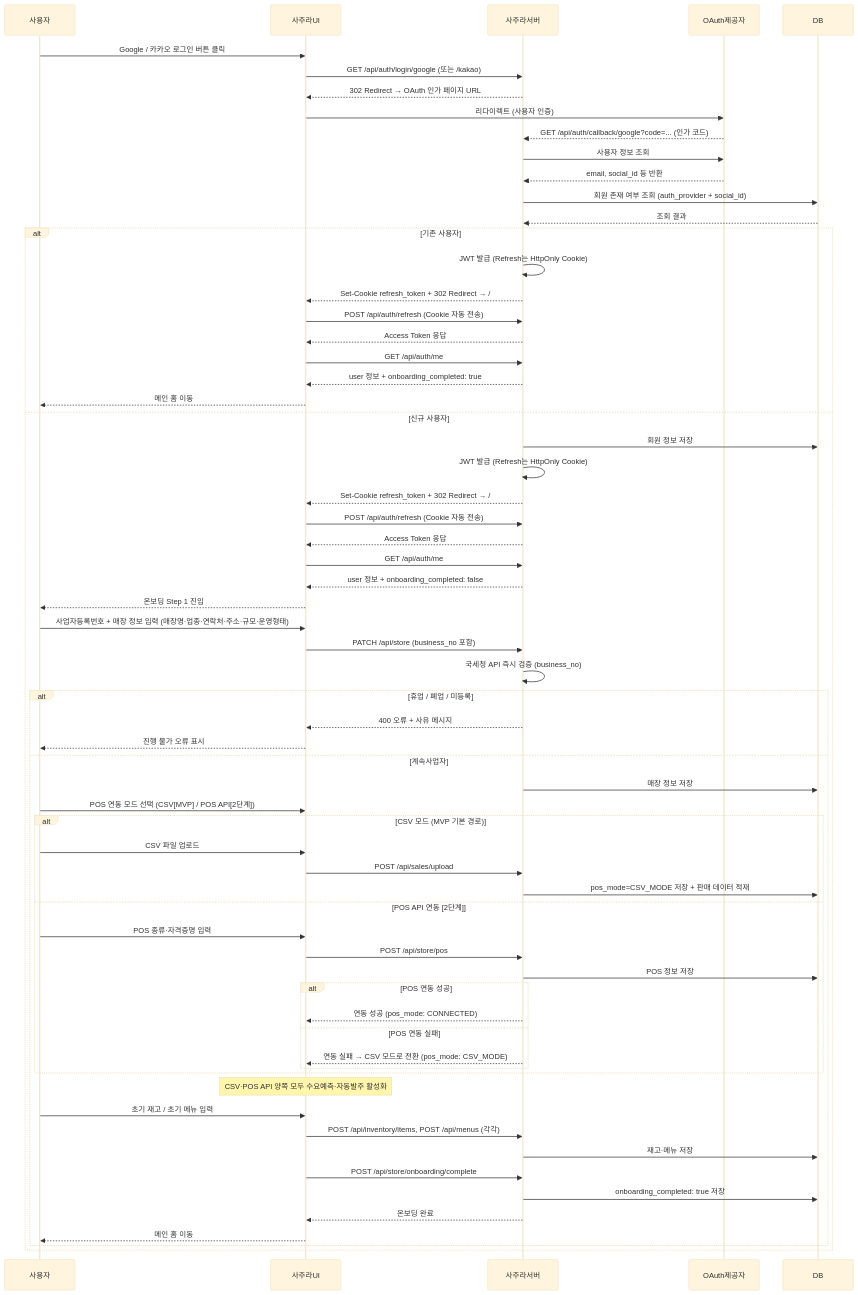
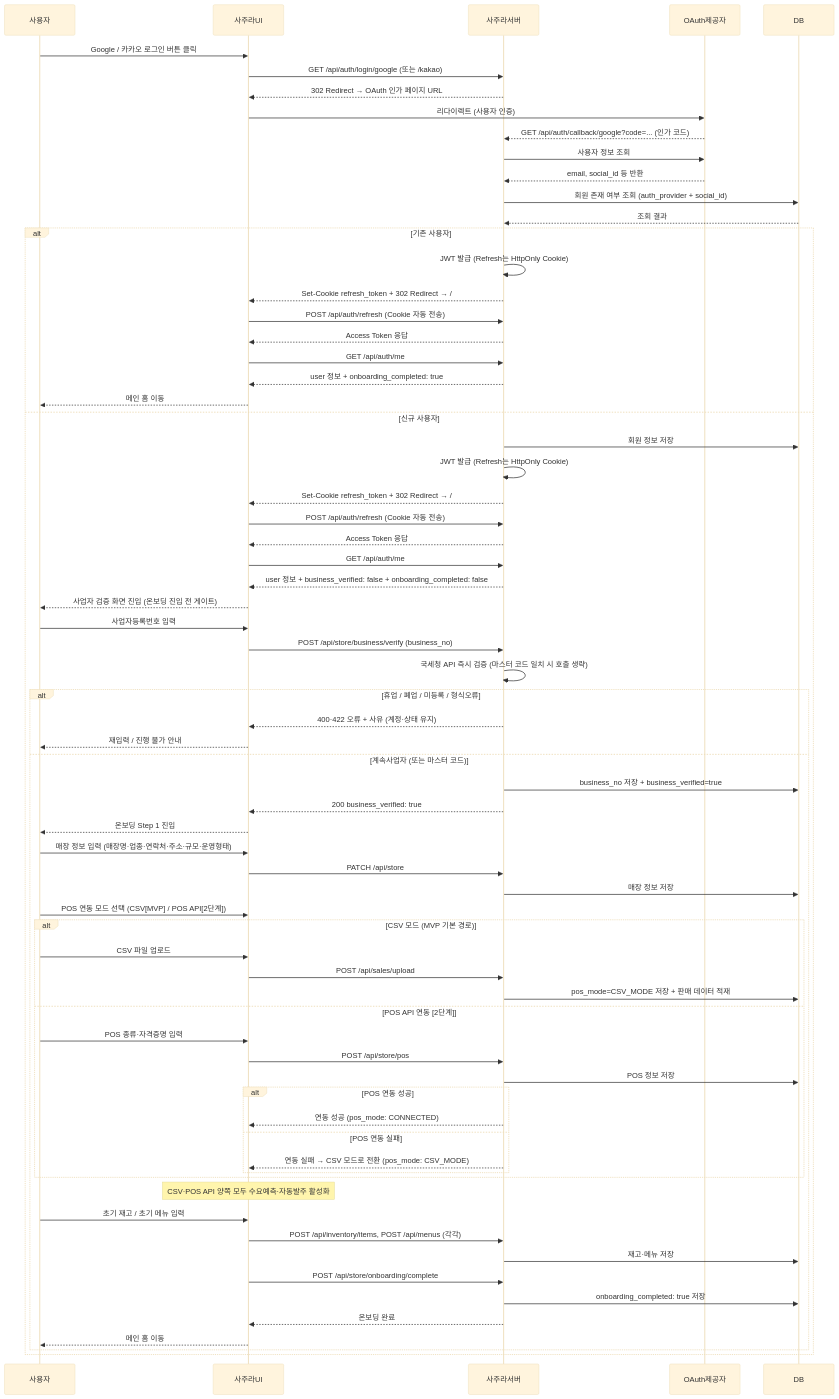
One commit to h-taek/CapstoneDesign_Sajura changed the first of 7 diagrams in docs/spec/04_flow/sequence.md. Above: the diagram before and after it, drawn with Mermaid (base theme). The commit also changed 12 other files, not shown here.

First line of the commit message:
docs: 사업자 검증을 온보딩 前 독립 게이트로 분리 (32차)

````diff
--- a/docs/spec/04_flow/sequence.md
+++ b/docs/spec/04_flow/sequence.md
@@ -31,73 +31,79 @@
 ```mermaid
 sequenceDiagram
     participant 사용자
     participant 사주라UI
     participant 사주라서버
     participant OAuth제공자
     participant DB
 
     사용자->>사주라UI: Google / 카카오 로그인 버튼 클릭
     사주라UI->>사주라서버: GET /api/auth/login/google (또는 /kakao)
     사주라서버-->>사주라UI: 302 Redirect → OAuth 인가 페이지 URL
     사주라UI->>OAuth제공자: 리다이렉트 (사용자 인증)
     OAuth제공자-->>사주라서버: GET /api/auth/callback/google?code=... (인가 코드)
     사주라서버->>OAuth제공자: 사용자 정보 조회
     OAuth제공자-->>사주라서버: email, social_id 등 반환
     사주라서버->>DB: 회원 존재 여부 조회 (auth_provider + social_id)
     DB-->>사주라서버: 조회 결과
 
     alt 기존 사용자
         사주라서버->>사주라서버: JWT 발급 (Refresh는 HttpOnly Cookie)
         사주라서버-->>사주라UI: Set-Cookie refresh_token + 302 Redirect → /
         사주라UI->>사주라서버: POST /api/auth/refresh (Cookie 자동 전송)
         사주라서버-->>사주라UI: Access Token 응답
         사주라UI->>사주라서버: GET /api/auth/me
         사주라서버-->>사주라UI: user 정보 + onboarding_completed: true
         사주라UI-->>사용자: 메인 홈 이동
     else 신규 사용자
         사주라서버->>DB: 회원 정보 저장
         사주라서버->>사주라서버: JWT 발급 (Refresh는 HttpOnly Cookie)
         사주라서버-->>사주라UI: Set-Cookie refresh_token + 302 Redirect → /
         사주라UI->>사주라서버: POST /api/auth/refresh (Cookie 자동 전송)
         사주라서버-->>사주라UI: Access Token 응답
         사주라UI->>사주라서버: GET /api/auth/me
-        사주라서버-->>사주라UI: user 정보 + onboarding_completed: false
-        사주라UI-->>사용자: 온보딩 Step 1 진입
+        사주라서버-->>사주라UI: user 정보 + business_verified: false + onboarding_completed: false
+        사주라UI-->>사용자: 사업자 검증 화면 진입 (온보딩 진입 전 게이트)
 
-        사용자->>사주라UI: 사업자등록번호 + 매장 정보 입력 (매장명·업종·연락처·주소·규모·운영형태)
-        사주라UI->>사주라서버: PATCH /api/store (business_no 포함)
-        사주라서버->>사주라서버: 국세청 API 즉시 검증 (business_no)
-        alt 휴업 / 폐업 / 미등록
-            사주라서버-->>사주라UI: 400 오류 + 사유 메시지
-            사주라UI-->>사용자: 진행 불가 오류 표시
-        else 계속사업자
+        사용자->>사주라UI: 사업자등록번호 입력
+        사주라UI->>사주라서버: POST /api/store/business/verify (business_no)
+        사주라서버->>사주라서버: 국세청 API 즉시 검증 (마스터 코드 일치 시 호출 생략)
+        alt 휴업 / 폐업 / 미등록 / 형식오류
+            사주라서버-->>사주라UI: 400·422 오류 + 사유 (계정·상태 유지)
+            사주라UI-->>사용자: 재입력 / 진행 불가 안내
+        else 계속사업자 (또는 마스터 코드)
+            사주라서버->>DB: business_no 저장 + business_verified=true
+            사주라서버-->>사주라UI: 200 business_verified: true
+            사주라UI-->>사용자: 온보딩 Step 1 진입
+
+            사용자->>사주라UI: 매장 정보 입력 (매장명·업종·연락처·주소·규모·운영형태)
+            사주라UI->>사주라서버: PATCH /api/store
             사주라서버->>DB: 매장 정보 저장
 
             사용자->>사주라UI: POS 연동 모드 선택 (CSV[MVP] / POS API[2단계])
             alt CSV 모드 (MVP 기본 경로)
                 사용자->>사주라UI: CSV 파일 업로드
                 사주라UI->>사주라서버: POST /api/sales/upload
                 사주라서버->>DB: pos_mode=CSV_MODE 저장 + 판매 데이터 적재
             else POS API 연동 [2단계]
                 사용자->>사주라UI: POS 종류·자격증명 입력
                 사주라UI->>사주라서버: POST /api/store/pos
                 사주라서버->>DB: POS 정보 저장
                 alt POS 연동 성공
                     사주라서버-->>사주라UI: 연동 성공 (pos_mode: CONNECTED)
                 else POS 연동 실패
                     사주라서버-->>사주라UI: 연동 실패 → CSV 모드로 전환 (pos_mode: CSV_MODE)
                 end
             end
             Note over 사주라UI: CSV·POS API 양쪽 모두 수요예측·자동발주 활성화
 
             사용자->>사주라UI: 초기 재고 / 초기 메뉴 입력
             사주라UI->>사주라서버: POST /api/inventory/items, POST /api/menus (각각)
             사주라서버->>DB: 재고·메뉴 저장
 
             사주라UI->>사주라서버: POST /api/store/onboarding/complete
             사주라서버->>DB: onboarding_completed: true 저장
             사주라서버-->>사주라UI: 온보딩 완료
             사주라UI-->>사용자: 메인 홈 이동
         end
     end
 ```
````
